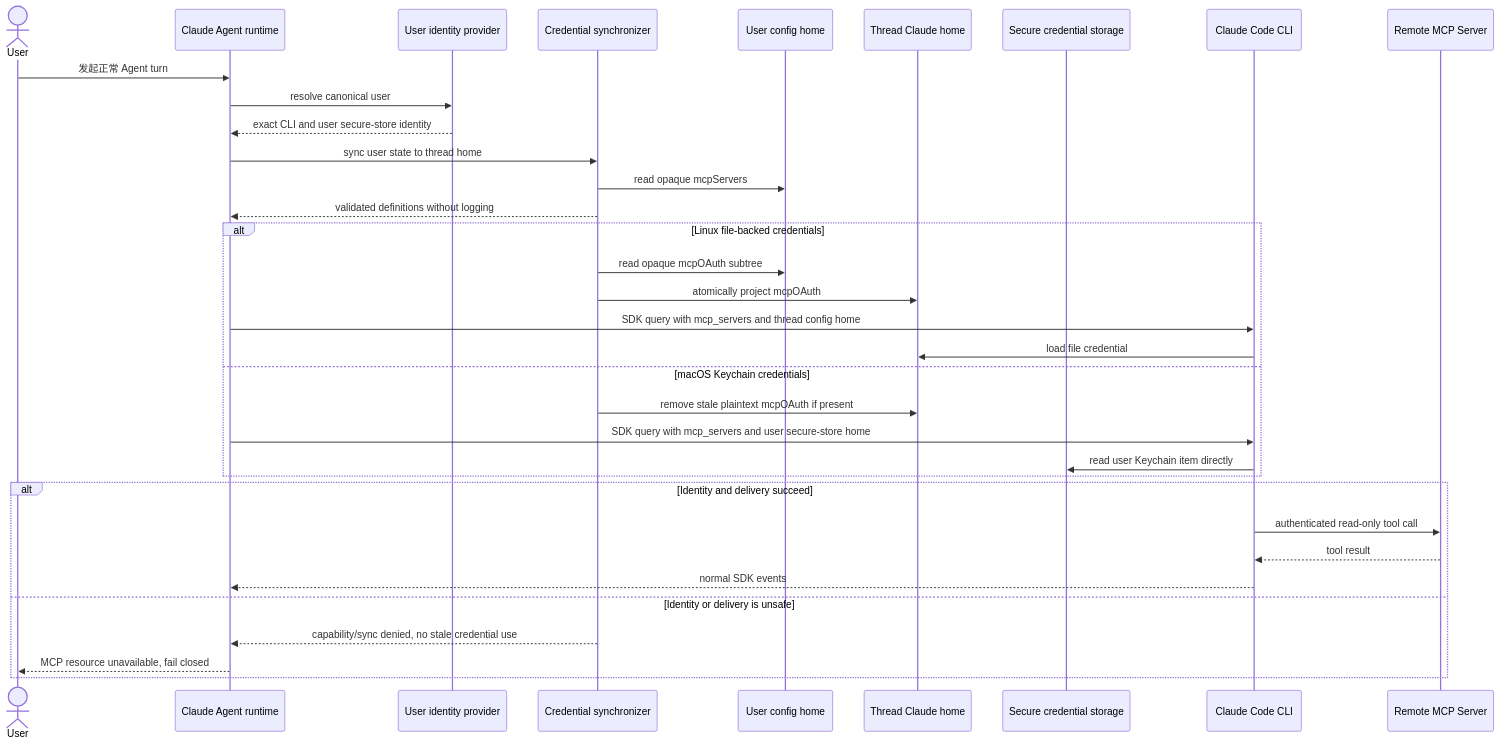
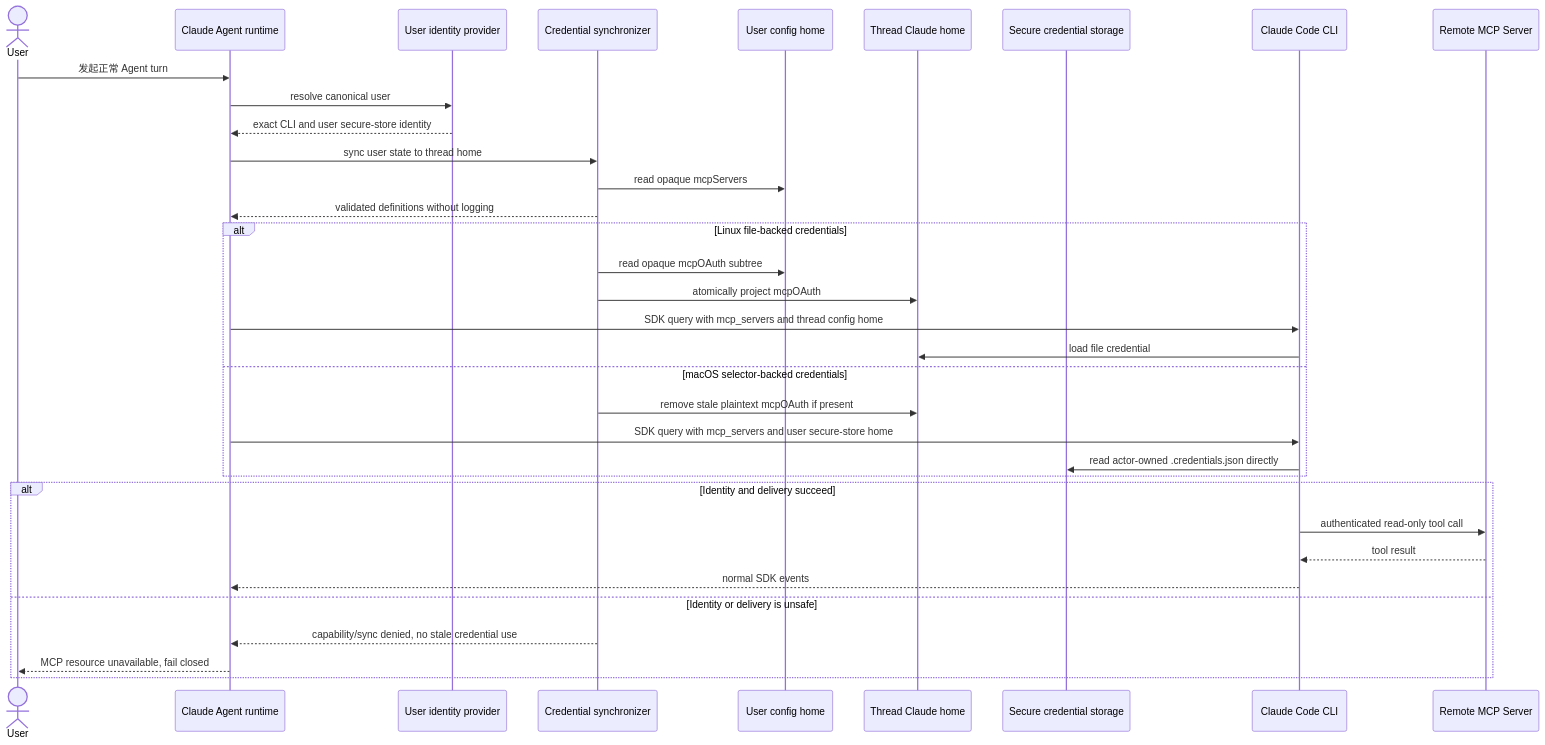
The seventh of 9 diagrams in docs/design/claude-mcp/claude-mcp-resource-connector-design.md (glide-the/im-dream), drawn with Mermaid before and after one commit. The commit also changed other lines of this file and 8 other files, not shown here.

Commit message:
docs: update custom Claude runtime architecture

````diff
--- a/docs/design/claude-mcp/claude-mcp-resource-connector-design.md
+++ b/docs/design/claude-mcp/claude-mcp-resource-connector-design.md
@@ -633,36 +634,36 @@
 ```mermaid
 sequenceDiagram
   actor User
   participant AR as Claude Agent runtime
   participant ID as User identity provider
   participant SYNC as Credential synchronizer
   participant UCFG as User config home
   participant TCFG as Thread Claude home
   participant SEC as Secure credential storage
   participant CLI as Claude Code CLI
   participant MCP as Remote MCP Server
   User->>AR: 发起正常 Agent turn
   AR->>ID: resolve canonical user
   ID-->>AR: exact CLI and user secure-store identity
   AR->>SYNC: sync user state to thread home
   SYNC->>UCFG: read opaque mcpServers
   SYNC-->>AR: validated definitions without logging
   alt Linux file-backed credentials
     SYNC->>UCFG: read opaque mcpOAuth subtree
     SYNC->>TCFG: atomically project mcpOAuth
     AR->>CLI: SDK query with mcp_servers and thread config home
     CLI->>TCFG: load file credential
-  else macOS Keychain credentials
+  else macOS selector-backed credentials
     SYNC->>TCFG: remove stale plaintext mcpOAuth if present
     AR->>CLI: SDK query with mcp_servers and user secure-store home
-    CLI->>SEC: read user Keychain item directly
+    CLI->>SEC: read actor-owned .credentials.json directly
   end
   alt Identity and delivery succeed
     CLI->>MCP: authenticated read-only tool call
     MCP-->>CLI: tool result
     CLI-->>AR: normal SDK events
   else Identity or delivery is unsafe
     SYNC-->>AR: capability/sync denied, no stale credential use
     AR-->>User: MCP resource unavailable, fail closed
   end
 ```
````
